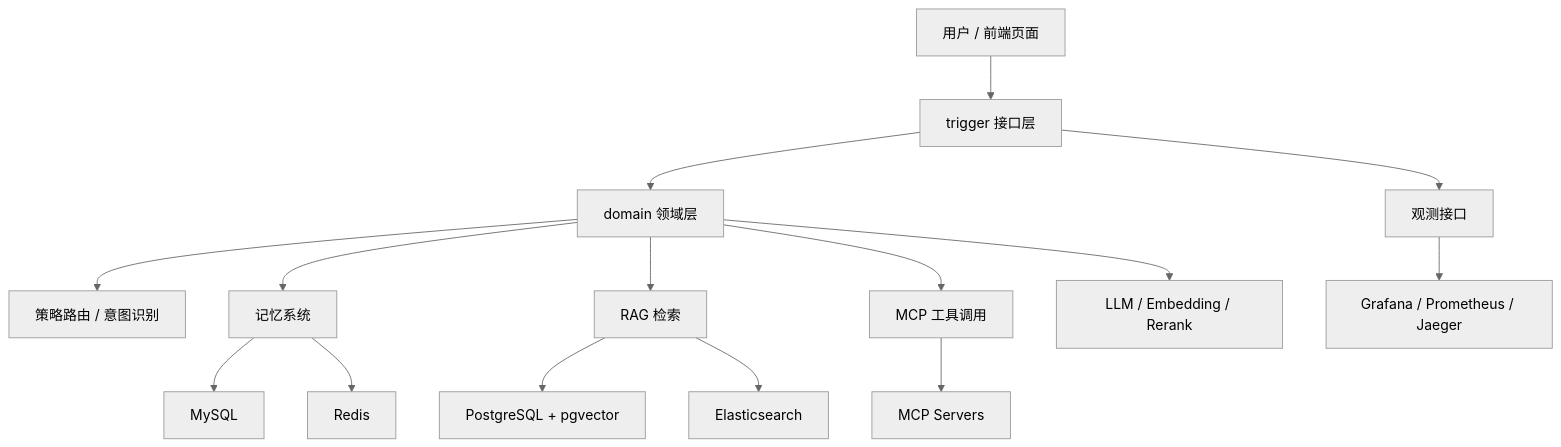
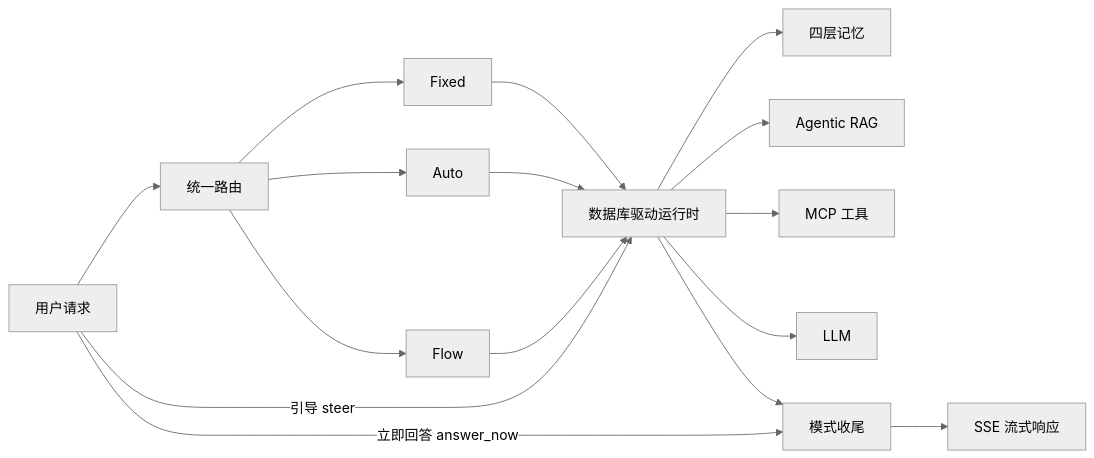
One commit to pengmoubuaixuexi/TAgent changed the diagram in README.md. Above: the diagram before and after it, drawn with Mermaid (neutral theme). The commit also changed other lines of this file and 256 other files, not shown here.

````diff
--- a/README.md
+++ b/README.md
@@ -19,17 +47,18 @@
 ```mermaid
-flowchart TB
-    User["用户 / 前端页面"] --> Trigger["trigger 接口层"]
-    Trigger --> Domain["domain 领域层"]
-    Domain --> Router["策略路由 / 意图识别"]
-    Domain --> Memory["记忆系统"]
-    Domain --> Rag["RAG 检索"]
-    Domain --> Tool["MCP 工具调用"]
-    Domain --> LLM["LLM / Embedding / Rerank"]
-    Memory --> MySQL["MySQL"]
-    Memory --> Redis["Redis"]
-    Rag --> PgVector["PostgreSQL + pgvector"]
-    Rag --> ES["Elasticsearch"]
-    Tool --> MCP["MCP Servers"]
-    Trigger --> Observe["观测接口"]
-    Observe --> Grafana["Grafana / Prometheus / Jaeger"]
+flowchart LR
+    User["用户请求"] --> Router["统一路由"]
+    Router --> Fixed["Fixed"]
+    Router --> Auto["Auto"]
+    Router --> Flow["Flow"]
+    Fixed --> Runtime["数据库驱动运行时"]
+    Auto --> Runtime
+    Flow --> Runtime
+    Runtime --> Memory["四层记忆"]
+    Runtime --> RAG["Agentic RAG"]
+    Runtime --> Tools["MCP 工具"]
+    Runtime --> LLM["LLM"]
+    User -->|"引导 steer"| Runtime
+    User -->|"立即回答 answer_now"| Finalize["模式收尾"]
+    Runtime --> Finalize
+    Finalize --> SSE["SSE 流式响应"]
 ```
````
